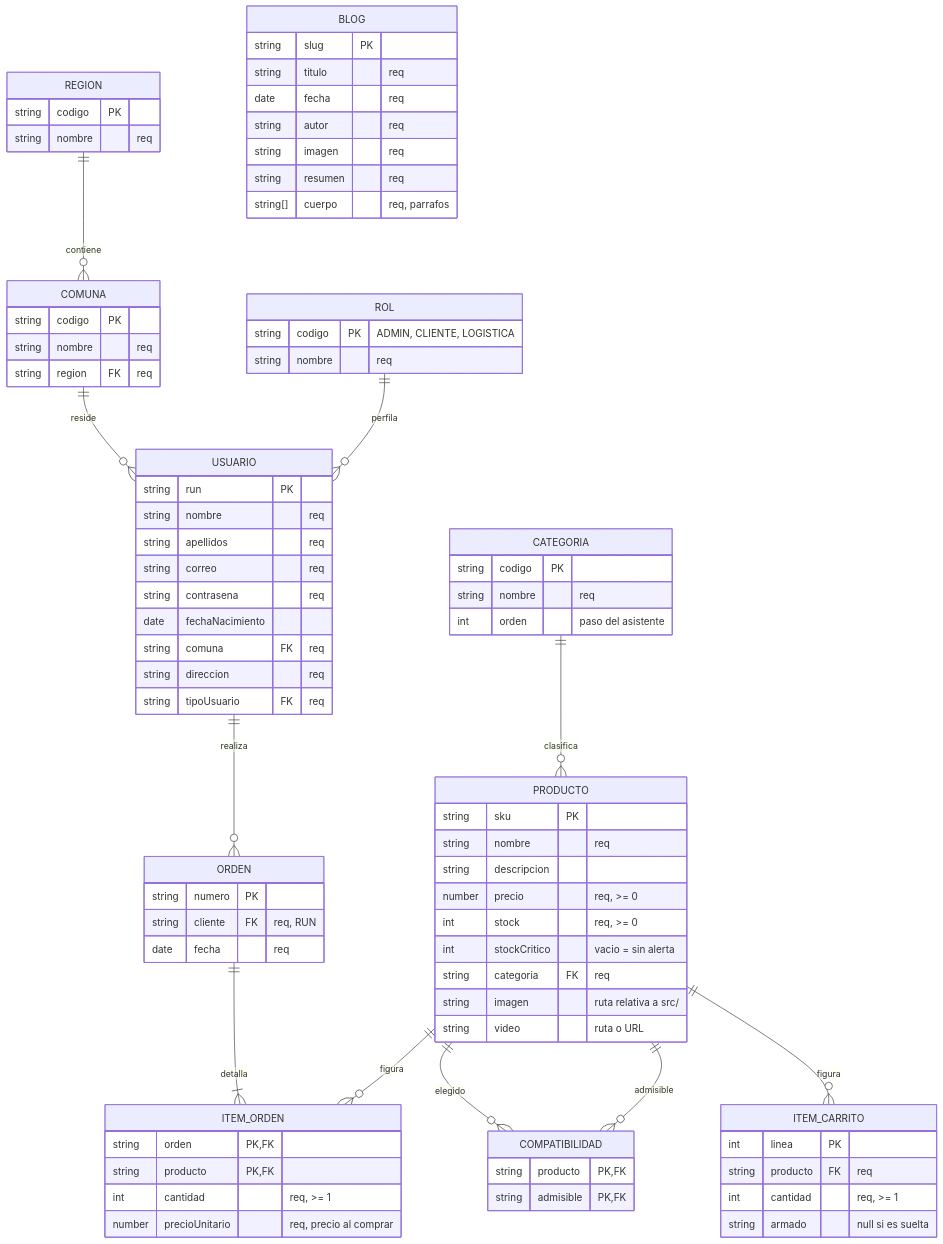
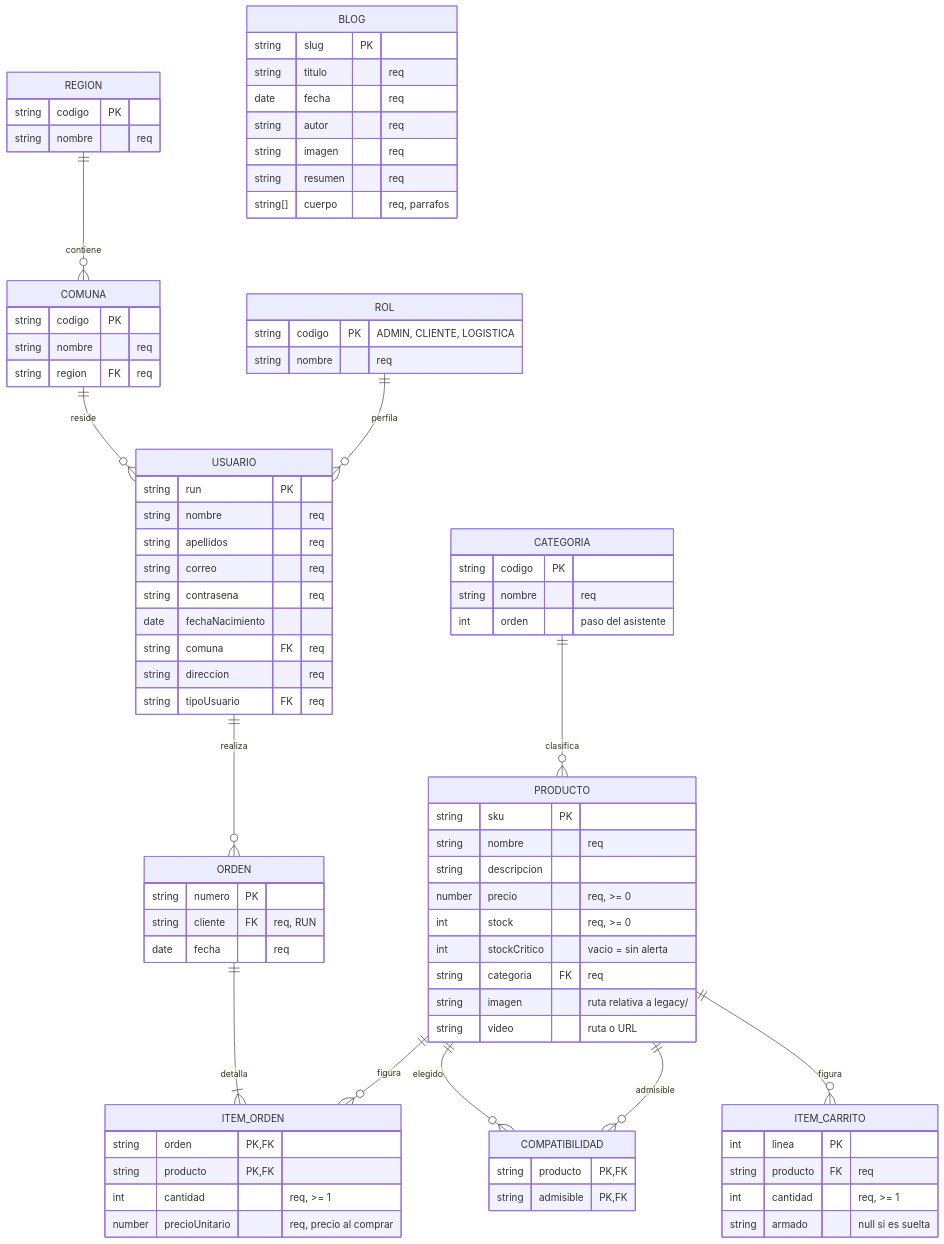
One commit to daemunozr/web_store changed the second of 2 diagrams in README.md. Above: the diagram before and after it, drawn with Mermaid. The commit also changed other lines of this file and 95 other files, not shown here.

```diff
--- a/README.md
+++ b/README.md
@@ -127,7 +141,7 @@
     int stock "req, >= 0"
     int stockCritico "vacio = sin alerta"
     string categoria FK "req"
-    string imagen "ruta relativa a src/"
+    string imagen "ruta relativa a legacy/"
     string video "ruta o URL"
   }
   COMPATIBILIDAD {
```
